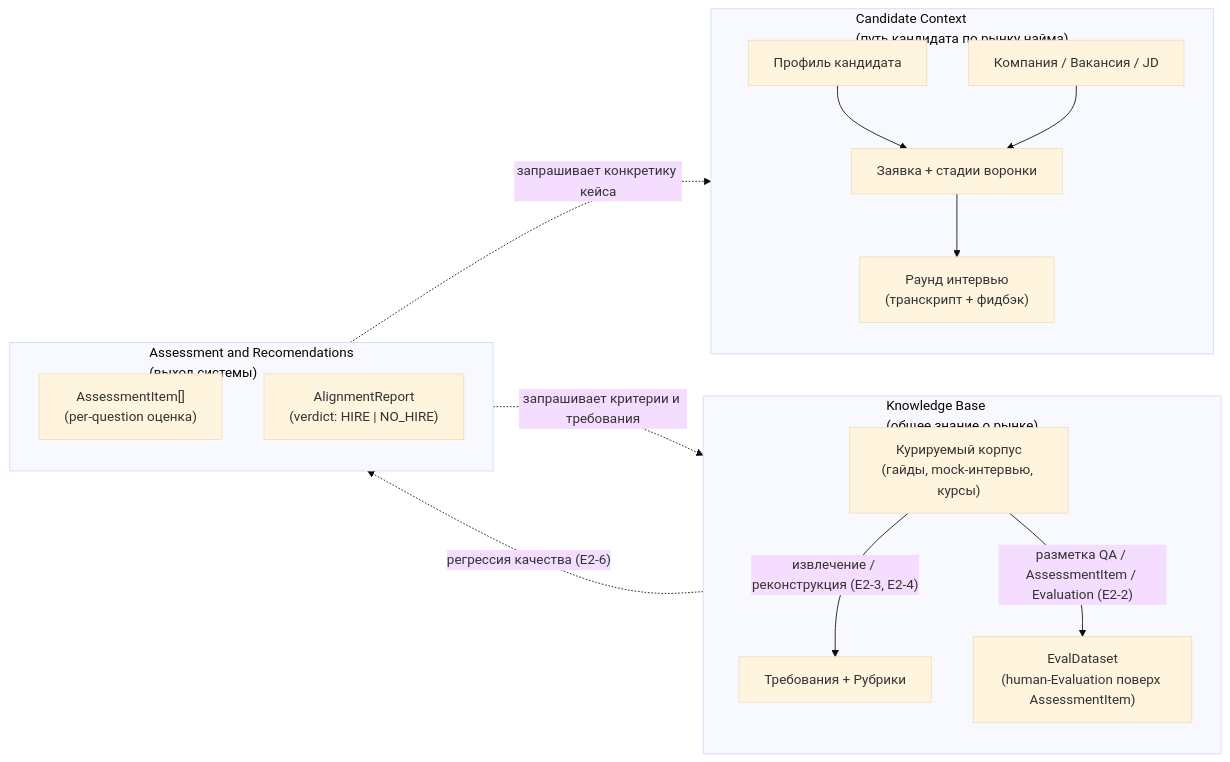
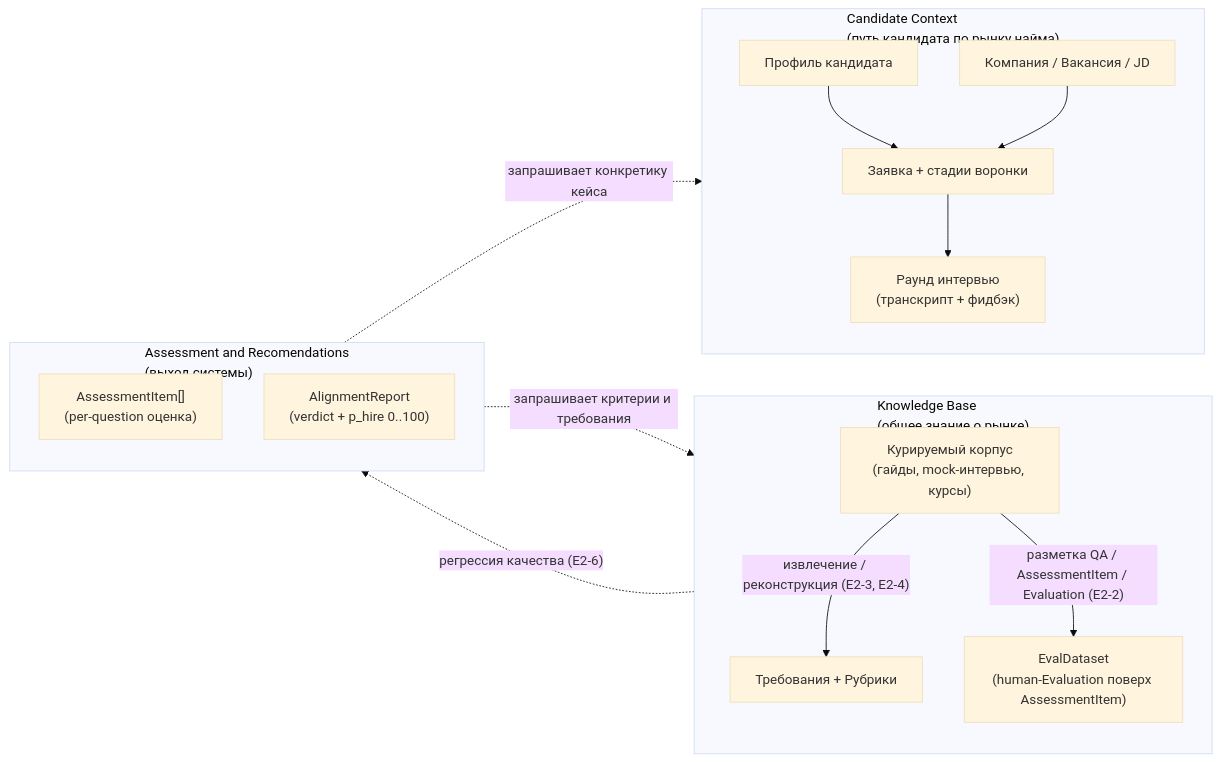
The first of 5 diagrams in md/spec.md (margomrkv/interview-debrief-assistant), drawn with Mermaid (base theme) before and after one commit. The commit also changed other lines of this file and 3 other files, not shown here.

````diff
--- a/md/spec.md
+++ b/md/spec.md
@@ -49,32 +49,32 @@
 ```mermaid
 flowchart LR
     subgraph CC["Candidate Context<br/>(путь кандидата по рынку найма)"]
         direction TB
         CC1["Профиль кандидата"]
         CC2["Компания / Вакансия / JD"]
         CC3["Заявка + стадии воронки"]
         CC4["Раунд интервью<br/>(транскрипт + фидбэк)"]
         CC1 --> CC3
         CC2 --> CC3
         CC3 --> CC4
     end
 
     subgraph KB["Knowledge Base<br/>(общее знание о рынке)"]
         direction TB
         KB1["Курируемый корпус<br/>(гайды, mock-интервью, курсы)"]
         KB2["Требования + Рубрики"]
         KB3["EvalDataset<br/>(human-Evaluation поверх AssessmentItem)"]
         KB1 -- "извлечение / реконструкция (E2-3, E2-4)" --> KB2
         KB1 -- "разметка QA / AssessmentItem / Evaluation (E2-2)" --> KB3
     end
 
     subgraph AR["Assessment and Recomendations<br/>(выход системы)"]
         direction TB
         AR1["AssessmentItem[]<br/>(per-question оценка)"]
-        AR2["AlignmentReport<br/>(verdict: HIRE | NO_HIRE)"]
+        AR2["AlignmentReport<br/>(verdict + p_hire 0..100)"]
     end
 
     AR -. "запрашивает конкретику кейса" .-> CC
     AR -. "запрашивает критерии и требования" .-> KB
     KB3 -. "регрессия качества (E2-6)" .-> AR
 ```
````
